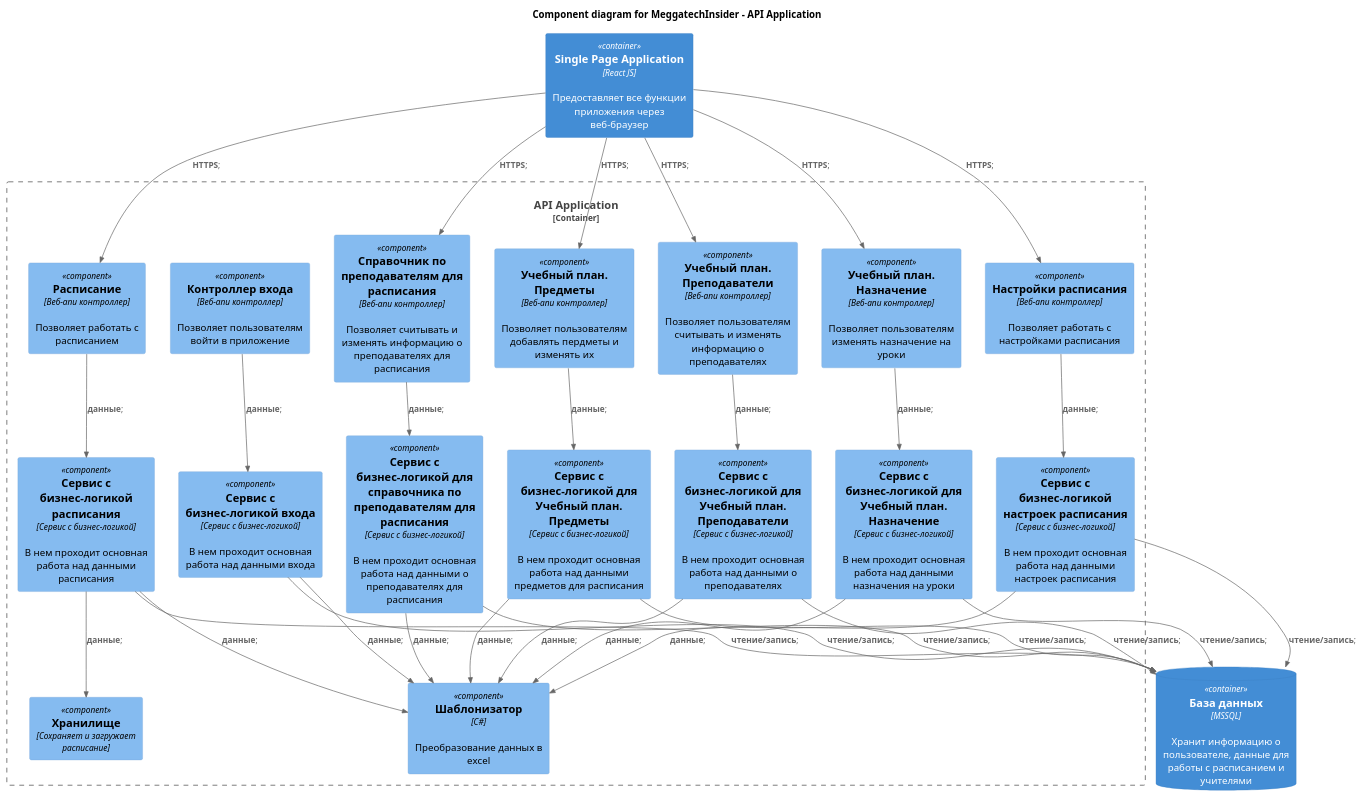
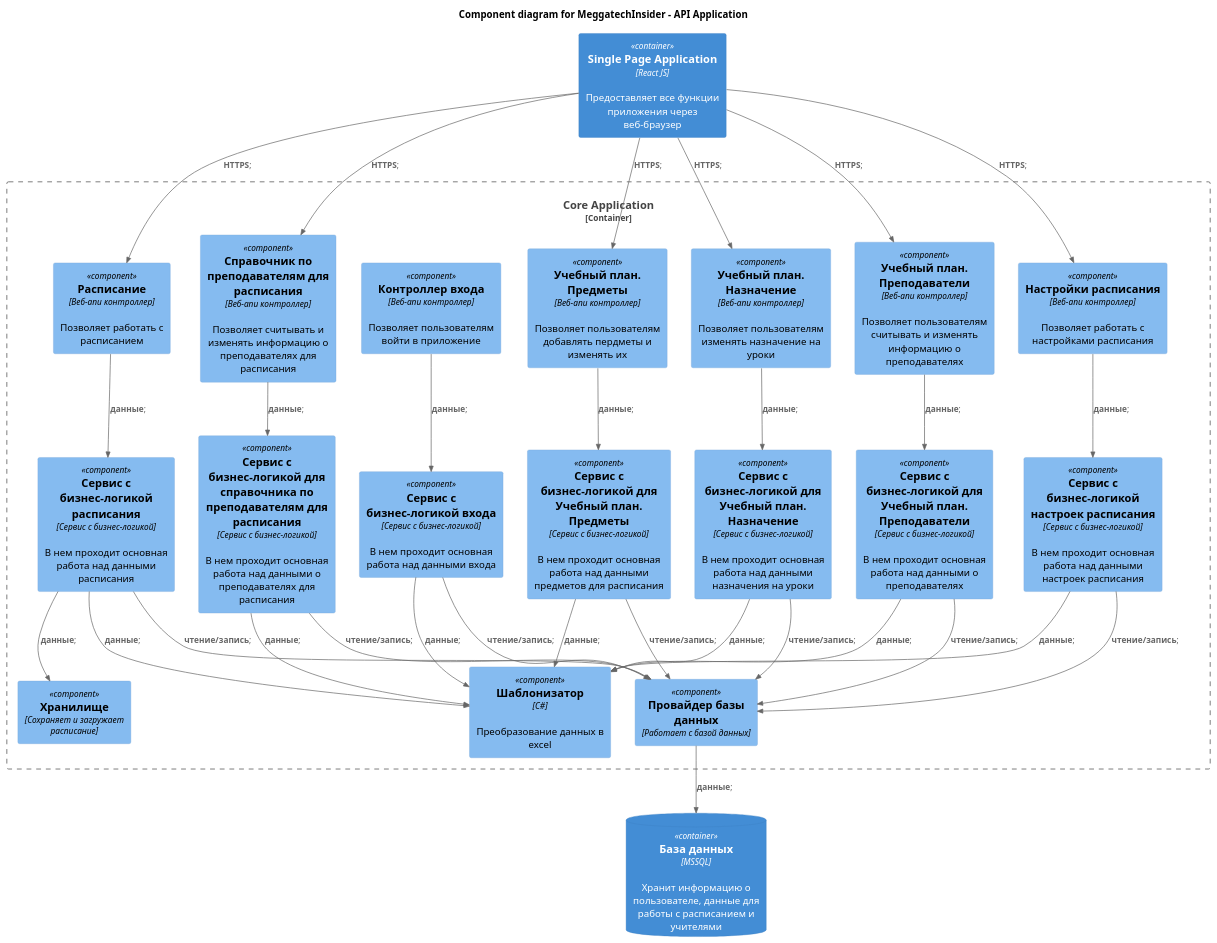
The diagram in Технический проект/components.puml (LiD-Meggatech/architecture), drawn with PlantUML before and after one commit. The commit also changed 3 other files, not shown here.

Commit message:
Внесены правки в диаграммы компонентов и контекста

```diff
--- a/Технический проект/components.puml
+++ b/Технический проект/components.puml
@@ -1,67 +1,67 @@
 @startuml Компоненты
 !include https://raw.githubusercontent.com/plantuml-stdlib/C4-PlantUML/master/C4_Component.puml
 
 title Component diagram for MeggatechInsider - API Application
 
 Container(spa, "Single Page Application", "React JS", "Предоставляет все функции приложения через веб-браузер")
 ContainerDb(db, "База данных", "MSSQL", "Хранит информацию о пользователе, данные для работы с расписанием и учителями")
 
-Container_Boundary(api, "API Application") {
+Container_Boundary(api, "Core Application") {
     Component(sign, "Контроллер входа", "Веб-апи контроллер", "Позволяет пользователям войти в приложение")
     Component(sheduleSettings, "Настройки расписания", "Веб-апи контроллер", "Позволяет работать с настройками расписания")
     Component(teacherGuid, "Справочник по преподавателям для расписания", "Веб-апи контроллер", "Позволяет считывать и изменять информацию о преподавателях для расписания")
     Component(shedule, "Расписание", "Веб-апи контроллер", "Позволяет работать с расписанием")
     Component(subjects, "Учебный план. Предметы", "Веб-апи контроллер", "Позволяет пользователям добавлять пердметы и изменять их")
     Component(teachers, "Учебный план. Преподаватели", "Веб-апи контроллер", "Позволяет пользователям считывать и изменять информацию о преподавателях")
     Component(assignment, "Учебный план. Назначение", "Веб-апи контроллер", "Позволяет пользователям изменять назначение на уроки")
 }
 
-Container_Boundary(api, "API Application") {
+Container_Boundary(api, "Core Application") {
     Component(signServices, "Сервис с бизнес-логикой входа", "Сервис с бизнес-логикой", "В нем проходит основная работа над данными входа")
     Component(sheduleSettingsServices, "Сервис с бизнес-логикой настроек расписания", "Сервис с бизнес-логикой", "В нем проходит основная работа над данными настроек расписания")
     Component(teacherGuidServices, "Сервис с бизнес-логикой для справочника по преподавателям для расписания", "Сервис с бизнес-логикой", "В нем проходит основная работа над данными о преподавателях для расписания")
     Component(sheduleServices, "Сервис с бизнес-логикой расписания", "Сервис с бизнес-логикой", "В нем проходит основная работа над данными расписания")
     Component(subjectsServices, "Сервис с бизнес-логикой для Учебный план. Предметы", "Сервис с бизнес-логикой", "В нем проходит основная работа над данными предметов для расписания")
     Component(teachersServices, "Сервис с бизнес-логикой для Учебный план. Преподаватели", "Сервис с бизнес-логикой", "В нем проходит основная работа над данными о преподавателях")
     Component(assignmentServices, "Сервис с бизнес-логикой для Учебный план. Назначение", "Сервис с бизнес-логикой", "В нем проходит основная работа над данными назначения на уроки")
-}
-
-Container_Boundary(api, "API Application") {
     Component(excel, "Шаблонизатор", "C#", "Преобразование данных в excel")
     Component(sheduleStorage, "Хранилище", "Сохраняет и загружает расписание")
+    Component(databaseProvider, "Провайдер базы данных", "Работает с базой данных")
 }
 
 Rel(spa, sheduleSettings, 'HTTPS');
 Rel(spa, teacherGuid, 'HTTPS');
 Rel(spa, shedule, 'HTTPS');
 Rel(spa, subjects, 'HTTPS');
 Rel(spa, teachers, 'HTTPS');
 Rel(spa, assignment, 'HTTPS');
 
 Rel(sign, signServices, 'данные');
 Rel(sheduleSettings, sheduleSettingsServices, 'данные');
 Rel(teacherGuid, teacherGuidServices, 'данные');
 Rel(shedule, sheduleServices, 'данные');
 Rel(subjects, subjectsServices, 'данные');
 Rel(teachers, teachersServices, 'данные');
 Rel(assignment, assignmentServices, 'данные');
 
-Rel(signServices, db, 'чтение/запись');
-Rel(sheduleSettingsServices, db, 'чтение/запись');
-Rel(teacherGuidServices, db, 'чтение/запись');
-Rel(sheduleServices, db, 'чтение/запись');
-Rel(subjectsServices, db, 'чтение/запись');
-Rel(teachersServices, db, 'чтение/запись');
-Rel(assignmentServices, db, 'чтение/запись');
+Rel(signServices, databaseProvider, 'чтение/запись');
+Rel(sheduleSettingsServices, databaseProvider, 'чтение/запись');
+Rel(teacherGuidServices, databaseProvider, 'чтение/запись');
+Rel(sheduleServices, databaseProvider, 'чтение/запись');
+Rel(subjectsServices, databaseProvider, 'чтение/запись');
+Rel(teachersServices, databaseProvider, 'чтение/запись');
+Rel(assignmentServices, databaseProvider, 'чтение/запись');
 
 Rel(signServices, excel, 'данные');
 Rel(sheduleSettingsServices, excel, 'данные');
 Rel(teacherGuidServices, excel, 'данные');
 Rel(sheduleServices, excel, 'данные');
 Rel(subjectsServices, excel, 'данные');
 Rel(teachersServices, excel, 'данные');
 Rel(assignmentServices, excel, 'данные');
 
 Rel(sheduleServices, sheduleStorage, 'данные');
 
+Rel(databaseProvider, db, 'данные');
+
 @enduml
```
